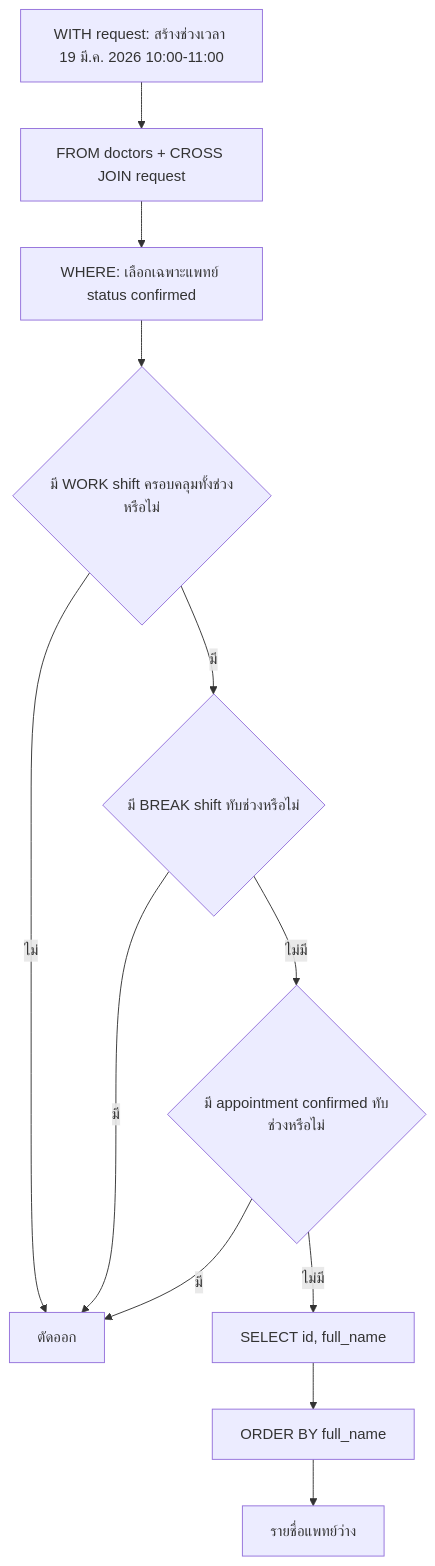
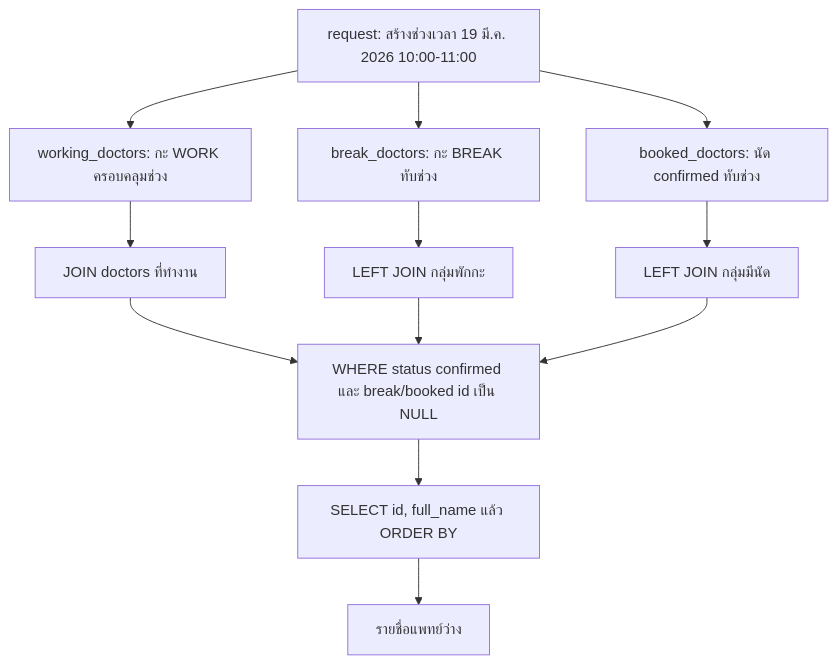
The second of 2 diagrams in README.md (dui-w-moonrin/hospital-system-ai-ready-exam), drawn with Mermaid before and after one commit. The commit also changed other lines of this file and 1 other file, not shown here.

````diff
--- a/README.md
+++ b/README.md
@@ -192,14 +189,14 @@
 ```mermaid
 flowchart TD
-    A["WITH request: สร้างช่วงเวลา 19 มี.ค. 2026 10:00-11:00"] --> B["FROM doctors + CROSS JOIN request"]
-    B --> C["WHERE: เลือกเฉพาะแพทย์ status confirmed"]
-    C --> D{"มี WORK shift ครอบคลุมทั้งช่วงหรือไม่"}
-    D -- "ไม่" --> X["ตัดออก"]
-    D -- "มี" --> E{"มี BREAK shift ทับช่วงหรือไม่"}
-    E -- "มี" --> X
-    E -- "ไม่มี" --> F{"มี appointment confirmed ทับช่วงหรือไม่"}
-    F -- "มี" --> X
-    F -- "ไม่มี" --> G["SELECT id, full_name"]
-    G --> H["ORDER BY full_name"]
-    H --> I["รายชื่อแพทย์ว่าง"]
+    A["request: สร้างช่วงเวลา 19 มี.ค. 2026 10:00-11:00"] --> B["working_doctors: กะ WORK ครอบคลุมช่วง"]
+    A --> C["break_doctors: กะ BREAK ทับช่วง"]
+    A --> D["booked_doctors: นัด confirmed ทับช่วง"]
+    B --> E["JOIN doctors ที่ทำงาน"]
+    C --> F["LEFT JOIN กลุ่มพักกะ"]
+    D --> G["LEFT JOIN กลุ่มมีนัด"]
+    E --> H["WHERE status confirmed และ break/booked id เป็น NULL"]
+    F --> H
+    G --> H
+    H --> I["SELECT id, full_name แล้ว ORDER BY"]
+    I --> J["รายชื่อแพทย์ว่าง"]
 ```
````
